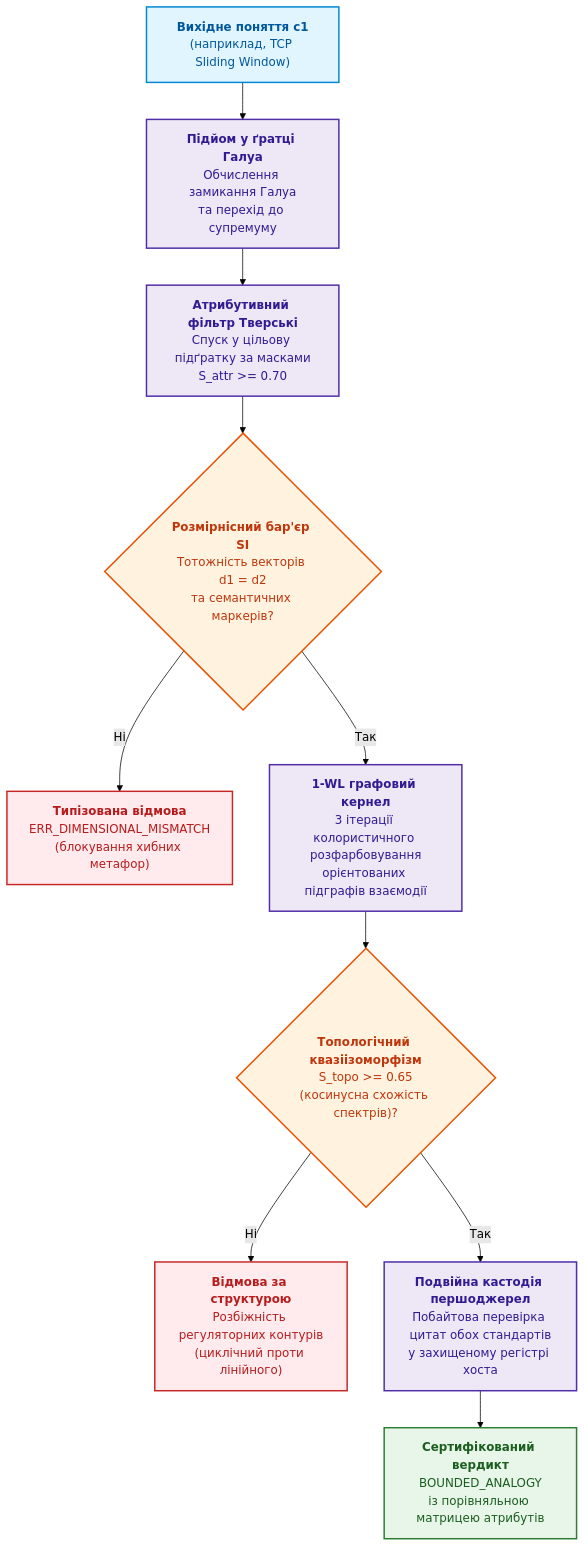
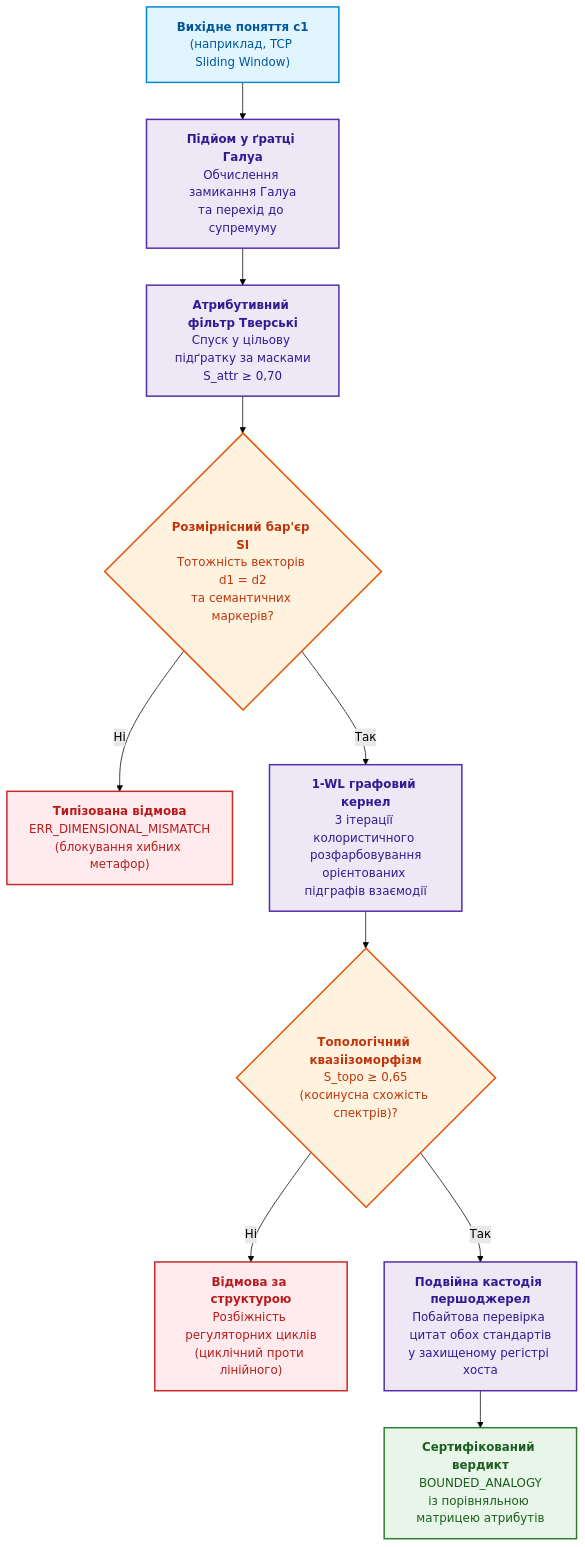
Before and after one commit to nick-fedchik/articles: the eighth of 8 diagrams in ExpertSystem/ch31-syllogistic-reasoning-and-relation-lattices.md, drawn with Mermaid (forest theme). The commit also changed other lines of this file and 1 other file, not shown here.

````diff
--- a/ExpertSystem/ch31-syllogistic-reasoning-and-relation-lattices.md
+++ b/ExpertSystem/ch31-syllogistic-reasoning-and-relation-lattices.md
@@ -859,35 +859,35 @@
 ```mermaid
 flowchart TD
-    accTitle: Дворівневий контур розміркованої міждоменної навігації за аналогією
+    accTitle: Дворівневий процес розміркованої міждоменної навігації за аналогією
     accDescr: Схема етапів від вхідного поняття до верифікованого вердикту обмеженої аналогії.
 
     SRC["<b>Вихідне поняття c1</b><br/>(наприклад, TCP Sliding Window)"] --> FCA_UP["<b>Підйом у ґратці Галуа</b><br/>Обчислення замикання Галуа<br/>та перехід до супремуму"]
     
-    FCA_UP --> TVERSKY["<b>Атрибутивний фільтр Тверські</b><br/>Спуск у цільову підґратку за масками<br/>S_attr >= 0.70"]
+    FCA_UP --> TVERSKY["<b>Атрибутивний фільтр Тверські</b><br/>Спуск у цільову підґратку за масками<br/>S_attr ≥ 0,70"]
     
     TVERSKY --> DIM_CHECK{"<b>Розмірнісний бар'єр SI</b><br/>Тотожність векторів d1 = d2<br/>та семантичних маркерів?"}
     
     DIM_CHECK -- "Ні" --> REFUSE_DIM["<b>Типізована відмова</b><br/>ERR_DIMENSIONAL_MISMATCH<br/>(блокування хибних метафор)"]
     
     DIM_CHECK -- "Так" --> WL_TEST["<b>1-WL графовий кернел</b><br/>3 ітерації колористичного розфарбовування<br/>орієнтованих підграфів взаємодії"]
     
-    WL_TEST --> TOPO_CHECK{"<b>Топологічний квазіізоморфізм</b><br/>S_topo >= 0.65<br/>(косинусна схожість спектрів)?"}
+    WL_TEST --> TOPO_CHECK{"<b>Топологічний квазіізоморфізм</b><br/>S_topo ≥ 0,65<br/>(косинусна схожість спектрів)?"}
     
-    TOPO_CHECK -- "Ні" --> REFUSE_TOPO["<b>Відмова за структурою</b><br/>Розбіжність регуляторних контурів<br/>(циклічний проти лінійного)"]
+    TOPO_CHECK -- "Ні" --> REFUSE_TOPO["<b>Відмова за структурою</b><br/>Розбіжність регуляторних циклів<br/>(циклічний проти лінійного)"]
     
     TOPO_CHECK -- "Так" --> CUSTODY["<b>Подвійна кастодія першоджерел</b><br/>Побайтова перевірка цитат обох стандартів<br/>у захищеному регістрі хоста"]
     
     CUSTODY --> VERDICT["<b>Сертифікований вердикт</b><br/>BOUNDED_ANALOGY<br/>із порівняльною матрицею атрибутів"]
 
     classDef src fill:#e1f5fe,stroke:#0288d1,stroke-width:2px,color:#01579b;
     classDef fca fill:#ede7f6,stroke:#512da8,stroke-width:2px,color:#311b92;
     classDef check fill:#fff3e0,stroke:#e65100,stroke-width:2px,color:#bf360c;
     classDef ref fill:#ffebee,stroke:#c62828,stroke-width:2px,color:#b71c1c;
     classDef res fill:#e8f5e9,stroke:#2e7d32,stroke-width:2px,color:#1b5e20;
 
     class SRC src;
     class FCA_UP,TVERSKY,WL_TEST,CUSTODY fca;
     class DIM_CHECK,TOPO_CHECK check;
     class REFUSE_DIM,REFUSE_TOPO ref;
     class VERDICT res;
 ```
````
